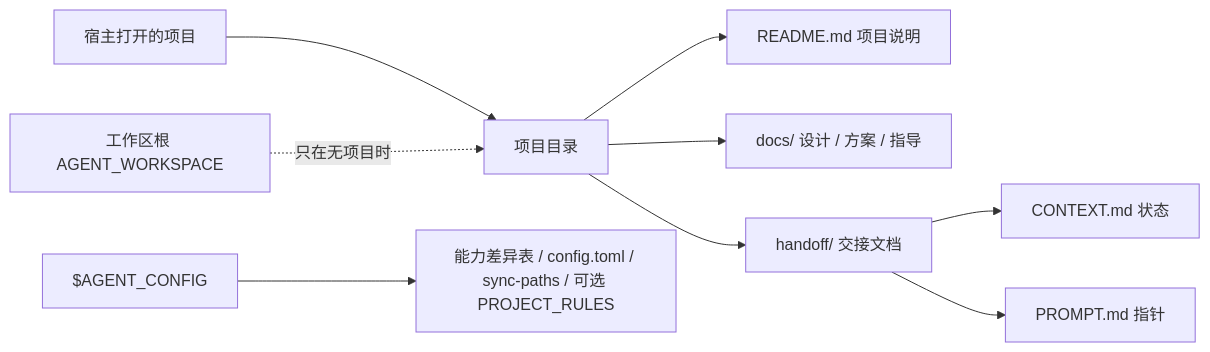
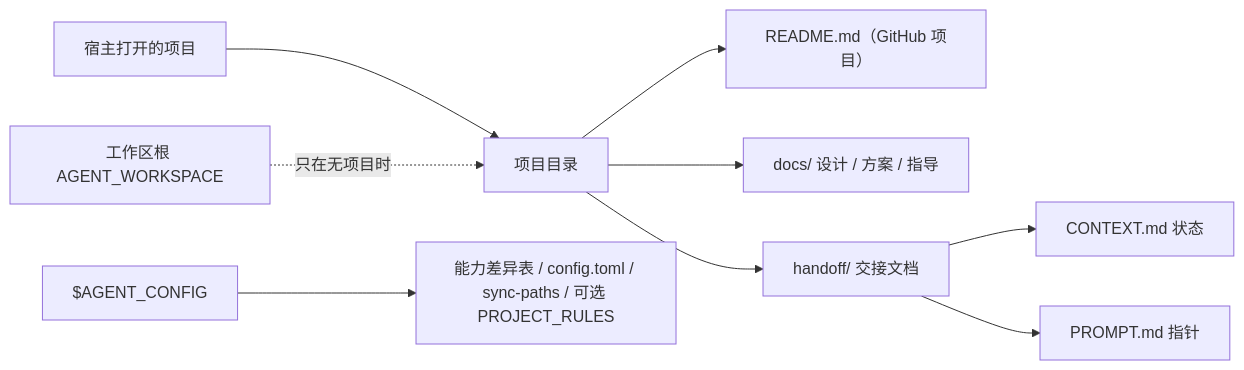
The first of 3 diagrams in docs/DESIGN.md (Lizardon386/multi-agent-task-handoff), drawn with Mermaid before and after one commit. The commit also changed other lines of this file and 6 other files, not shown here.

Commit message:
docs: --doc 仅为 GitHub 项目生成 README

````diff
--- a/docs/DESIGN.md
+++ b/docs/DESIGN.md
@@ -33,11 +33,11 @@
 ```mermaid
 flowchart LR
   H[宿主打开的项目] --> P[项目目录]
-  P --> R[README.md 项目说明]
+  P --> R[README.md（GitHub 项目）]
   P --> DOCS[docs/ 设计 / 方案 / 指导]
   P --> D[handoff/ 交接文档]
   D --> C[CONTEXT.md 状态]
   D --> M[PROMPT.md 指针]
   W[工作区根 AGENT_WORKSPACE] -. 只在无项目时.-> P
   G[$AGENT_CONFIG] --> K[能力差异表 / config.toml / sync-paths / 可选 PROJECT_RULES]
 ```
````
